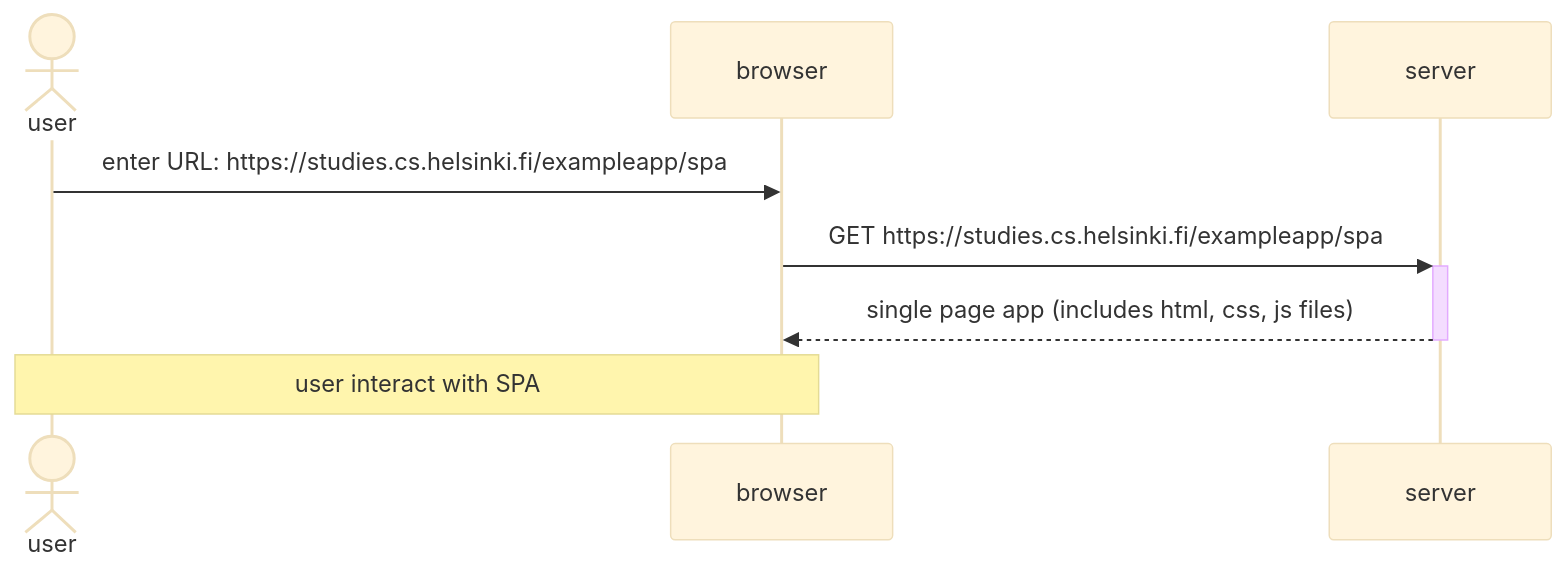
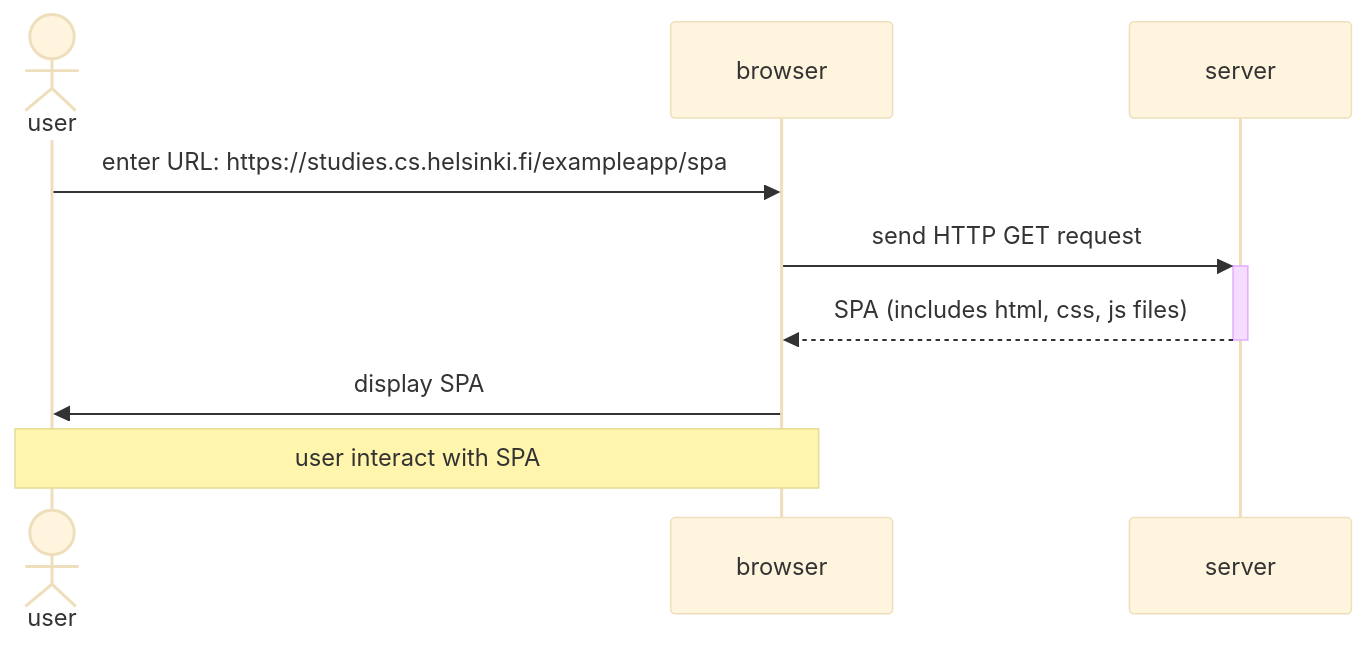
One commit to congthanh1999/FullStackOpen changed the diagram in Part_0/SinglePageDiagram.md. Above: the diagram before and after it, drawn with Mermaid (base theme).

````diff
--- a/Part_0/SinglePageDiagram.md
+++ b/Part_0/SinglePageDiagram.md
@@ -1,15 +1,17 @@
 ```mermaid
       sequenceDiagram
 
       actor user
       participant browser
       participant server
 
       user->>browser: enter URL: https://studies.cs.helsinki.fi/exampleapp/spa
 
-      browser->>+server: GET https://studies.cs.helsinki.fi/exampleapp/spa
-      server-->>-browser: single page app (includes html, css, js files)
+      browser->>+server: send HTTP GET request
+      server-->>-browser: SPA (includes html, css, js files)
+
+      browser->>user: display SPA
 
       note over user, browser: user interact with SPA
 
 ```
````
